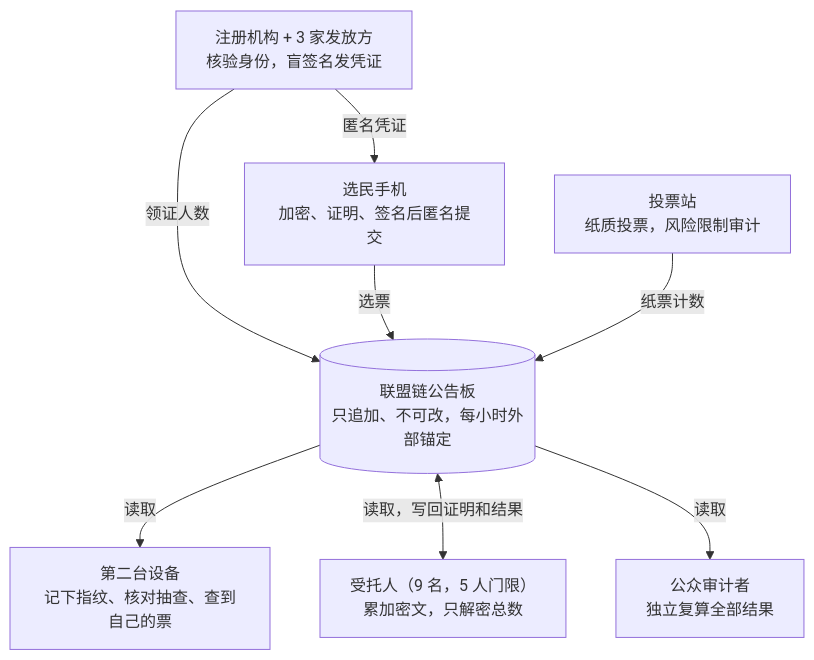
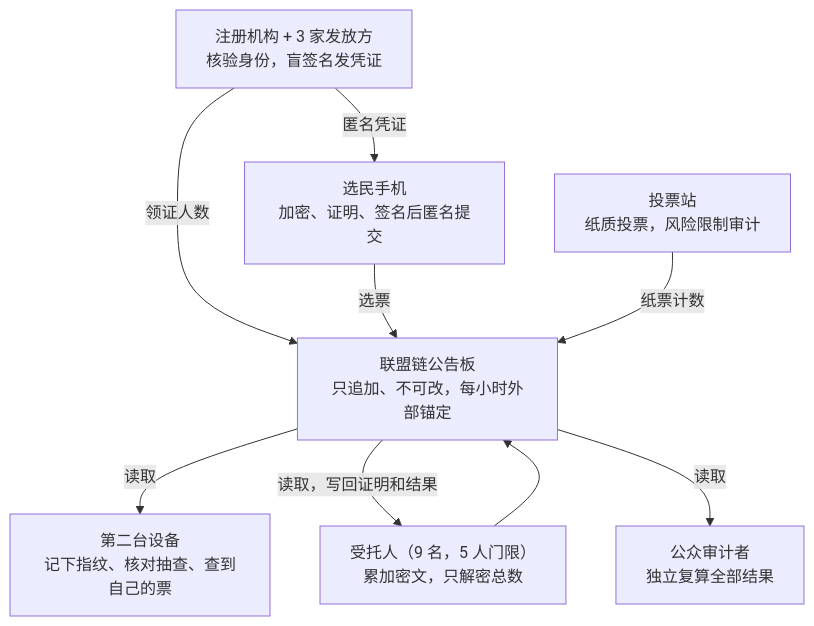
One commit to tommaru66-pixel/e2e-verifiable-voting changed the diagram in docs/zh-CN.md. Above: the diagram before and after it, drawn with Mermaid. The commit also changed 8 other files, not shown here.

First line of the commit message:
Simplify architecture diagram syntax for GitHub rendering

````diff
--- a/docs/zh-CN.md
+++ b/docs/zh-CN.md
@@ -113,10 +113,11 @@
 ```mermaid
 flowchart TB
   R["注册机构 + 3 家发放方<br/>核验身份，盲签名发凭证"] -->|匿名凭证| P["选民手机<br/>加密、证明、签名后匿名提交"]
   R -->|领证人数| B
-  P -->|选票| B[("联盟链公告板<br/>只追加、不可改，每小时外部锚定")]
+  P -->|选票| B["联盟链公告板<br/>只追加、不可改，每小时外部锚定"]
   S["投票站<br/>纸质投票，风险限制审计"] -->|纸票计数| B
   B -->|读取| D["第二台设备<br/>记下指纹、核对抽查、查到自己的票"]
-  B <-->|读取，写回证明和结果| T["受托人（9 名，5 人门限）<br/>累加密文，只解密总数"]
+  B -->|读取，写回证明和结果| T["受托人（9 名，5 人门限）<br/>累加密文，只解密总数"]
+  T --> B
   B -->|读取| A["公众审计者<br/>独立复算全部结果"]
 ```
````
